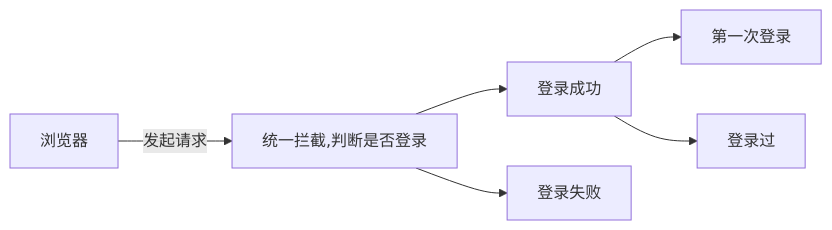
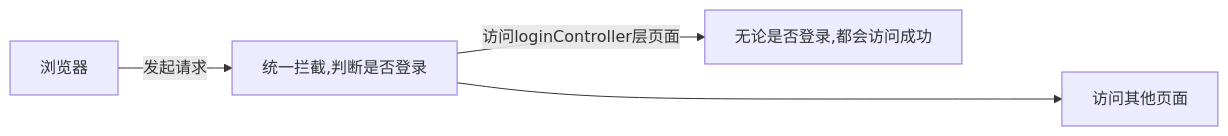
One commit to poppop9/obsidian changed the diagram in 计算机/JavaWeb/后端/SpringBoot/4 登录认证.md. Above: the diagram before and after it, drawn with Mermaid.

Commit message:
vault backup: 2023-11-30 18:40:50

````diff
--- a/计算机/JavaWeb/后端/SpringBoot/4 登录认证.md
+++ b/计算机/JavaWeb/后端/SpringBoot/4 登录认证.md
@@ -7,14 +7,12 @@
 ```mermaid
 graph LR
 	a[浏览器]--发起请求-->b[统一拦截,判断是否登录]
-	b-->c[登录成功]
-	c-->e[第一次登录]
-	c-->f[登录过]
+	b--访问loginController层页面-->c[无论是否登录,都会访问成功]
+	
 
-
-	b-->d[登录失败]
+	b---->d[访问其他页面]
 
 	
 
 
 ```
````
